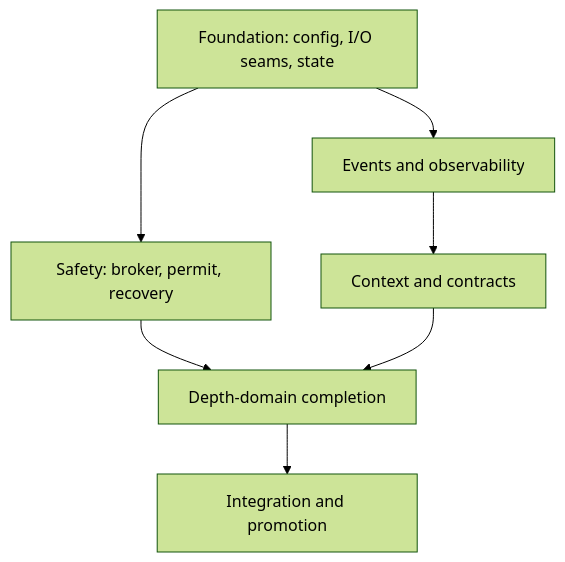
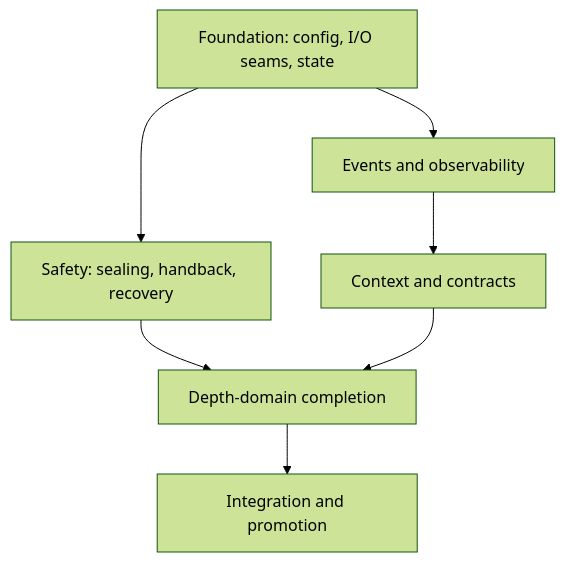
The diagram in OPTID-COMPLETION-PLAN.md (Nan0pk/Rush-linux), drawn with Mermaid (forest theme) before and after one commit. The commit also changed other lines of this file and 12 other files, not shown here.

Commit message:
docs(optid): adopt D2 architecture and sync project truth

````diff
--- a/OPTID-COMPLETION-PLAN.md
+++ b/OPTID-COMPLETION-PLAN.md
@@ -161,9 +163,9 @@
 ```mermaid
 flowchart TD
-    F["Foundation: config, I/O seams, state"] --> S["Safety: broker, permit, recovery"]
+    F["Foundation: config, I/O seams, state"] --> S["Safety: sealing, handback, recovery"]
     F --> E["Events and observability"]
     S --> D["Depth-domain completion"]
     E --> C["Context and contracts"]
     C --> D
     D --> I["Integration and promotion"]
 ```
````
